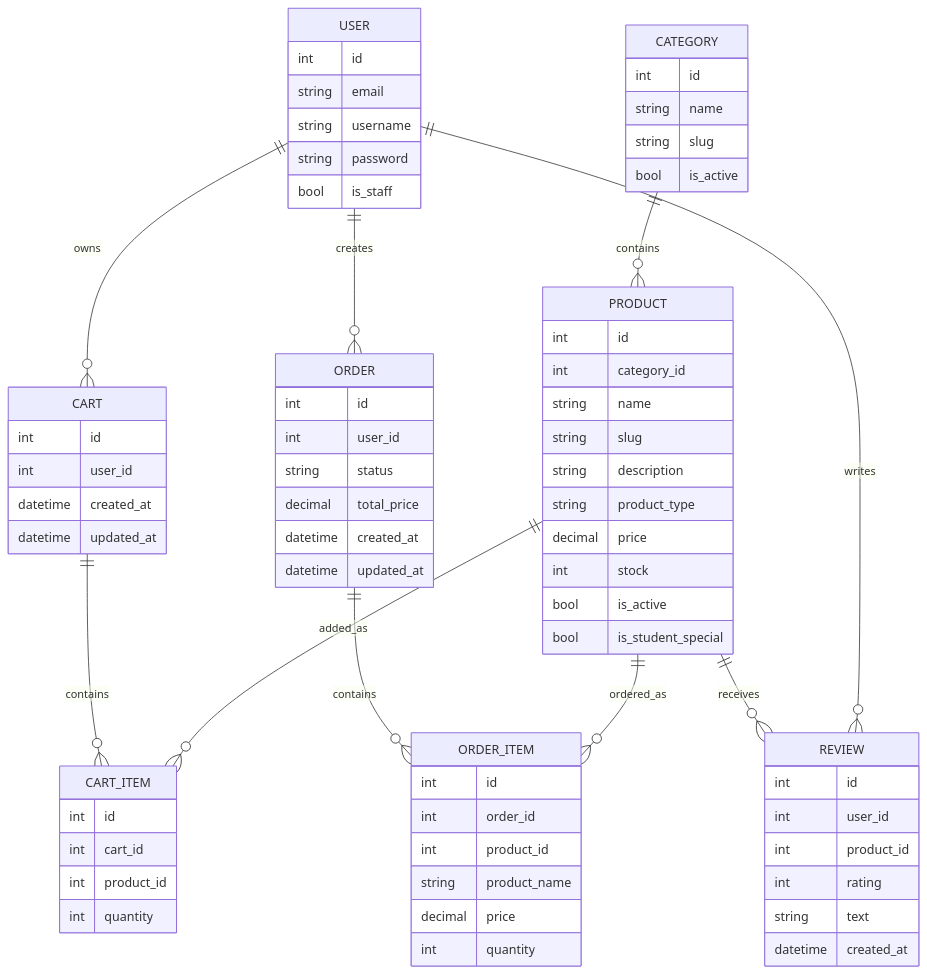
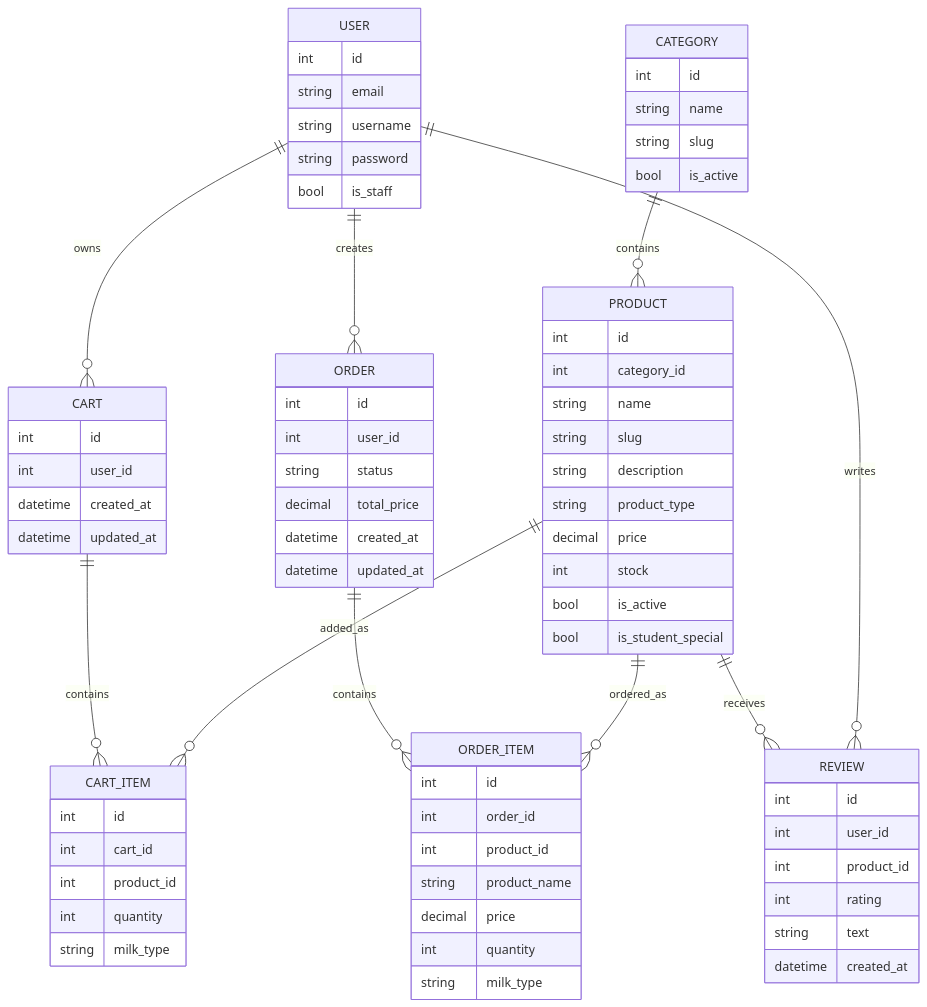
One commit to Chechetkin-Alex/1c-DrinkMe changed the diagram in docs/database.md. Above: the diagram before and after it, drawn with Mermaid. The commit also changed 20 other files, not shown here.

```diff
--- a/docs/database.md
+++ b/docs/database.md
@@ -65,6 +65,7 @@
         int cart_id
         int product_id
         int quantity
+        string milk_type
     }
 
     ORDER {
@@ -83,6 +84,7 @@
         string product_name
         decimal price
         int quantity
+        string milk_type
     }
 
     REVIEW {
```
